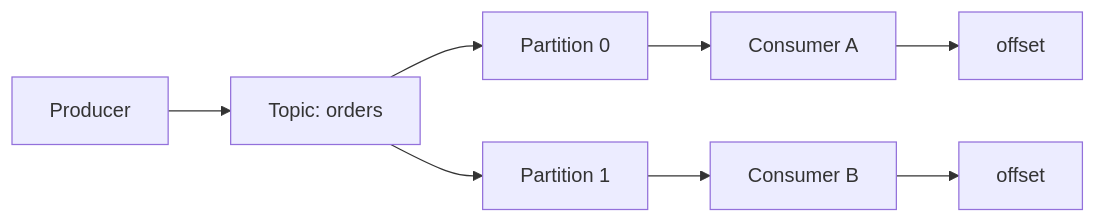
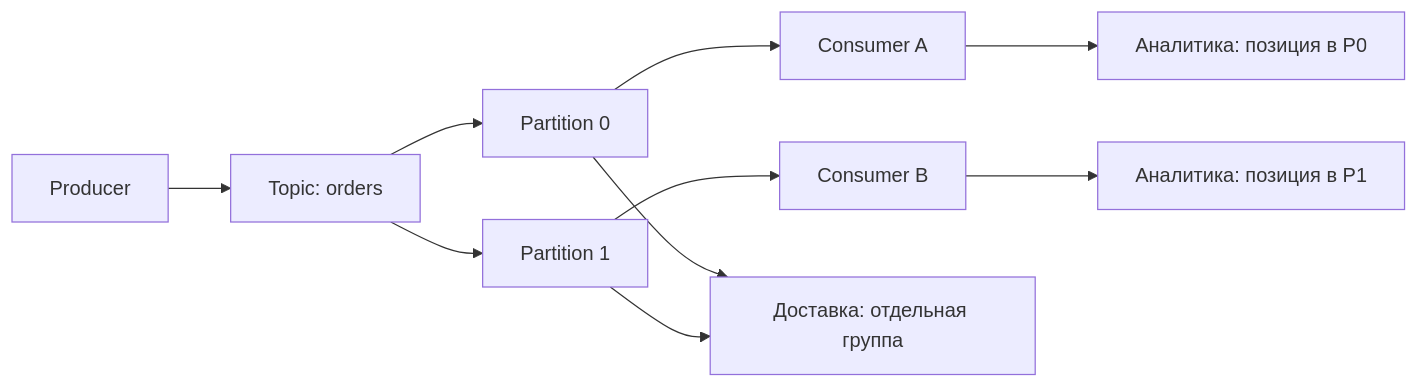
One commit to Kert0n/KPO changed diagram 15 of 17 in content/lectures/Lec11/vitepress.md. Above: the diagram before and after it, drawn with Mermaid. The commit also changed other lines of this file, not shown here.

````diff
--- a/content/lectures/Lec11/vitepress.md
+++ b/content/lectures/Lec11/vitepress.md
@@ -1195,10 +1065,12 @@
 ```mermaid
 flowchart LR
     Producer --> Topic["Topic: orders"]
     Topic --> P0["Partition 0"]
     Topic --> P1["Partition 1"]
     P0 --> C1["Consumer A"]
     P1 --> C2["Consumer B"]
-    C1 --> Offset1["offset"]
-    C2 --> Offset2["offset"]
+    C1 --> Offset1["Аналитика: позиция в P0"]
+    C2 --> Offset2["Аналитика: позиция в P1"]
+    P0 --> D["Доставка: отдельная группа"]
+    P1 --> D
 ```
````
